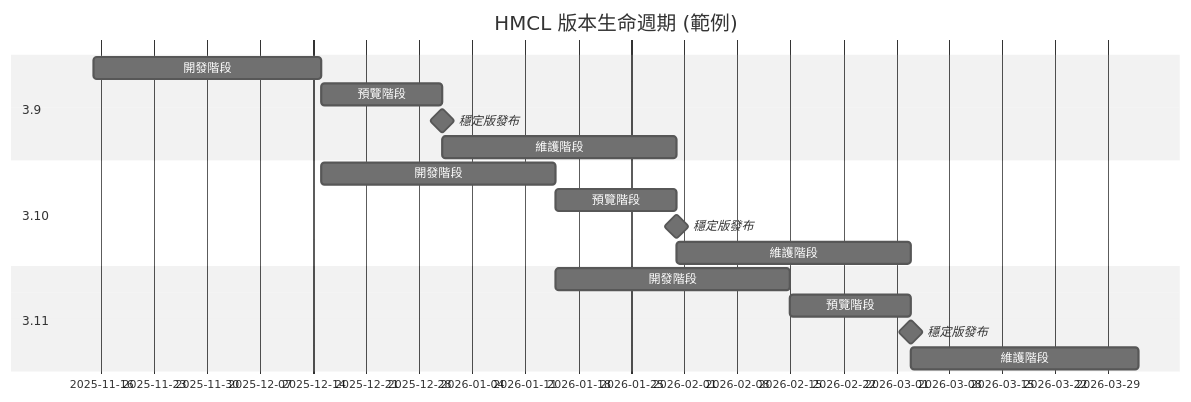
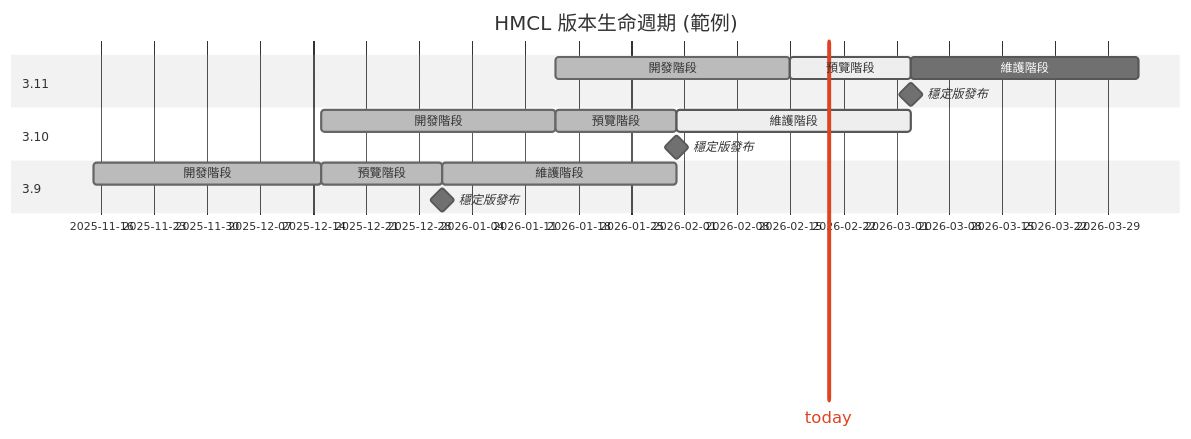
Before and after one commit to HMCL-dev/HMCL: the diagram in docs/ReleaseSchedule_zh_Hant.md, drawn with Mermaid (neutral theme).

````diff
--- a/docs/ReleaseSchedule_zh_Hant.md
+++ b/docs/ReleaseSchedule_zh_Hant.md
@@ -43,19 +43,23 @@
 ```mermaid
+---
+displayMode: compact
+---
 gantt
     title HMCL 版本生命週期 (範例)
+    section 3.11
+        today: vert, 2026-02-20, 0d
+        開發階段: done, c1, after b1, 31d
+        預覽階段: active, c2, after c1, 16d
+        維護階段: c3, after c2, 30d
+        穩定版發布: milestone, after c2, 0d
+    section 3.10
+        開發階段: done, b1, after a1, 31d
+        預覽階段: done, b2, after b1, 16d
+        維護階段: active, b3, after b2, 31d
+        穩定版發布: milestone, after b2, 0d
     section 3.9
-        開發階段: a1, 2025-11-15, 30d
-        預覽階段: a2, after a1, 16d
+        開發階段: done, a1, 2025-11-15, 30d
+        預覽階段: done, a2, after a1, 16d
+        維護階段: done, a3, after a2, 31d
         穩定版發布: milestone, after a2, 0d
-        維護階段: a3, after a2, 31d
-    section 3.10
-        開發階段: b1, after a1, 31d
-        預覽階段: b2, after b1, 16d
-        穩定版發布: milestone, after b2, 0d
-        維護階段: b3, after b2, 31d
-    section 3.11
-        開發階段: c1, after b1, 31d
-        預覽階段: c2, after c1, 16d
-        穩定版發布: milestone, after c2, 0d
-        維護階段: c3, after c2, 30d
 ```
````
